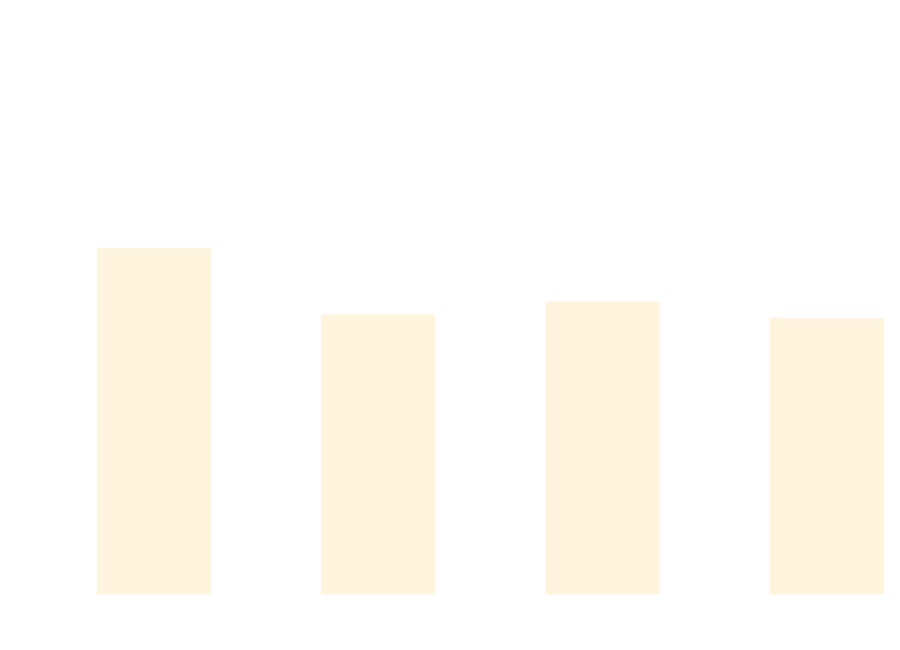
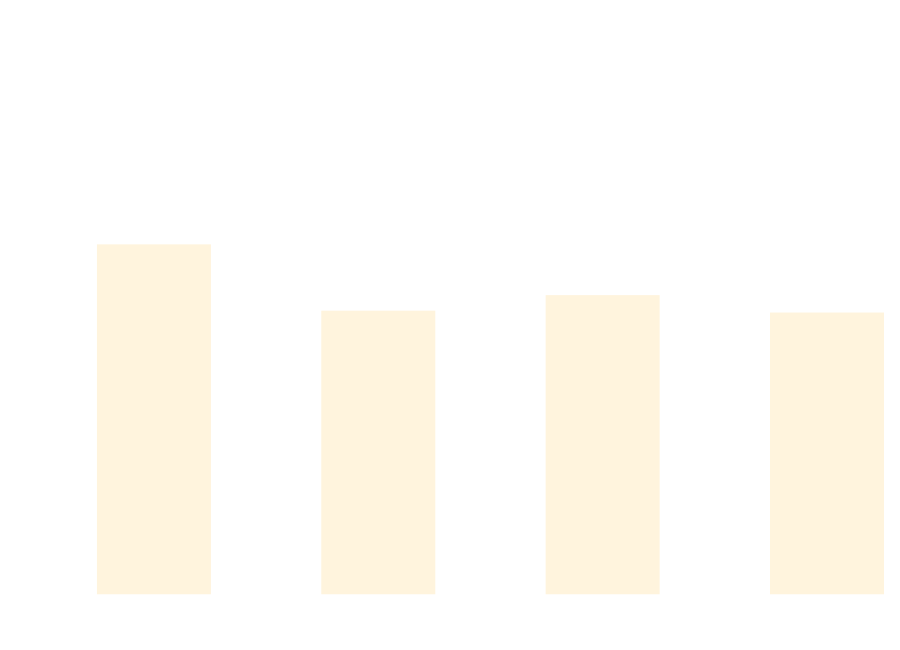
One commit to thomhurst/TUnit changed the diagram in docs/docs/benchmarks/BuildTime.md. Above: the diagram before and after it, drawn with Mermaid. The commit also changed other lines of this file and 17 other files, not shown here.

````diff
--- a/docs/docs/benchmarks/BuildTime.md
+++ b/docs/docs/benchmarks/BuildTime.md
@@ -28,37 +28,37 @@
 ```mermaid
 %%{init: {
   'theme':'base',
   'themeVariables': {
     'primaryColor': '#2563eb',
     'primaryTextColor': '#ffffff',
     'primaryBorderColor': '#1e40af',
     'lineColor': '#6b7280',
     'secondaryColor': '#7c3aed',
     'tertiaryColor': '#dc2626',
     'background': '#ffffff',
     'mainBkg': '#2563eb',
     'secondBkg': '#7c3aed',
     'tertiaryBkg': '#dc2626',
     'clusterBkg': '#f3f4f6',
     'edgeLabelBackground': '#ffffff',
     'tertiaryTextColor': '#1f2937',
     'pie1': '#2563eb',
     'pie2': '#7c3aed',
     'pie3': '#dc2626',
     'pie4': '#f59e0b',
     'pie5': '#10b981',
     'pie6': '#06b6d4',
     'pie7': '#ec4899',
     'pie8': '#6366f1',
     'pie9': '#84cc16',
     'pie10': '#f97316',
     'pie11': '#14b8a6',
     'pie12': '#a855f7'
   }
 }}%%
 xychart-beta
   title "Build Time Comparison"
   x-axis ["Build_TUnit", "Build_NUnit", "Build_MSTest", "Build_xUnit3"]
   y-axis "Time (s)" 0 --> 3
-  bar [1.99, 1.598, 1.674, 1.576]
+  bar [2.012, 1.619, 1.711, 1.608]
 ```
````
